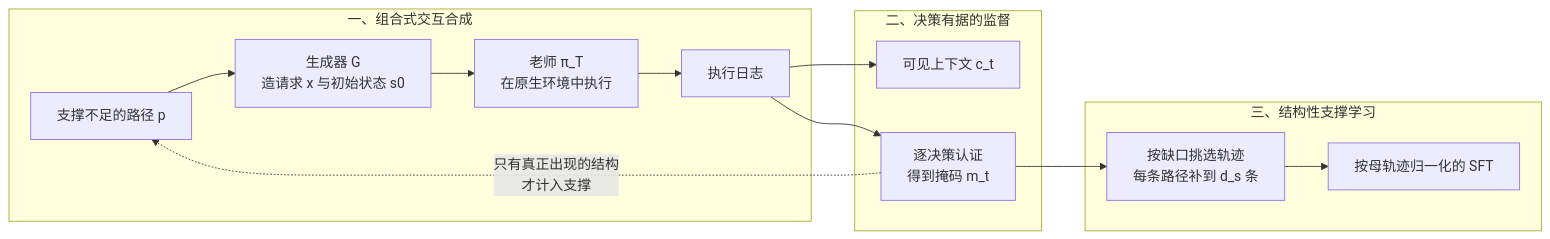
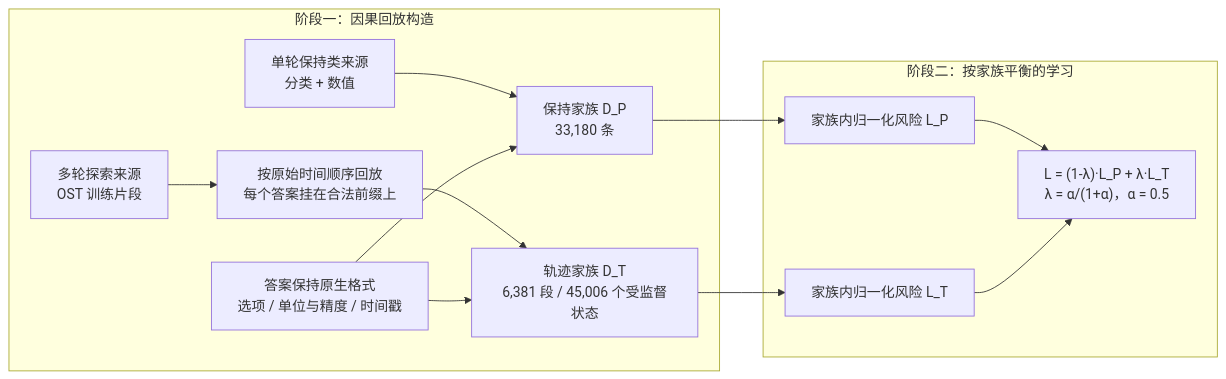
The third of 5 diagrams in docs/index.md (yingwang/paper-reads), drawn with Mermaid before and after one commit. The commit also changed other lines of this file and 2 other files, not shown here.

````diff
--- a/docs/index.md
+++ b/docs/index.md
@@ -103,17 +111,16 @@
 ```mermaid
 flowchart LR
-    subgraph S1["一、组合式交互合成"]
-        A1["支撑不足的路径 p"] --> A2["生成器 G<br/>造请求 x 与初始状态 s0"]
-        A2 --> A3["老师 π_T<br/>在原生环境中执行"]
-        A3 --> A4["执行日志"]
+    subgraph S1["阶段一：因果回放构造"]
+        A1["单轮保持类来源<br/>分类 + 数值"] --> P["保持家族 D_P<br/>33,180 条"]
+        A2["多轮探索来源<br/>OST 训练片段"] --> E["按原始时间顺序回放<br/>每个答案挂在合法前缀上"]
+        E --> T["轨迹家族 D_T<br/>6,381 段 / 45,006 个受监督状态"]
+        N["答案保持原生格式<br/>选项 / 单位与精度 / 时间戳"] --> P
+        N --> T
     end
-    subgraph S2["二、决策有据的监督"]
-        A4 --> B1["可见上下文 c_t"]
-        A4 --> B2["逐决策认证<br/>得到掩码 m_t"]
+    subgraph S2["阶段二：按家族平衡的学习"]
+        P --> LP["家族内归一化风险 L_P"]
+        T --> LT["家族内归一化风险 L_T"]
+        LP --> L["L = (1-λ)·L_P + λ·L_T<br/>λ = α/(1+α)，α = 0.5"]
+        LT --> L
     end
-    subgraph S3["三、结构性支撑学习"]
-        B2 --> C1["按缺口挑选轨迹<br/>每条路径补到 d_s 条"]
-        C1 --> C2["按母轨迹归一化的 SFT"]
-    end
-    B2 -.->|"只有真正出现的结构<br/>才计入支撑"| A1
 ```
````
